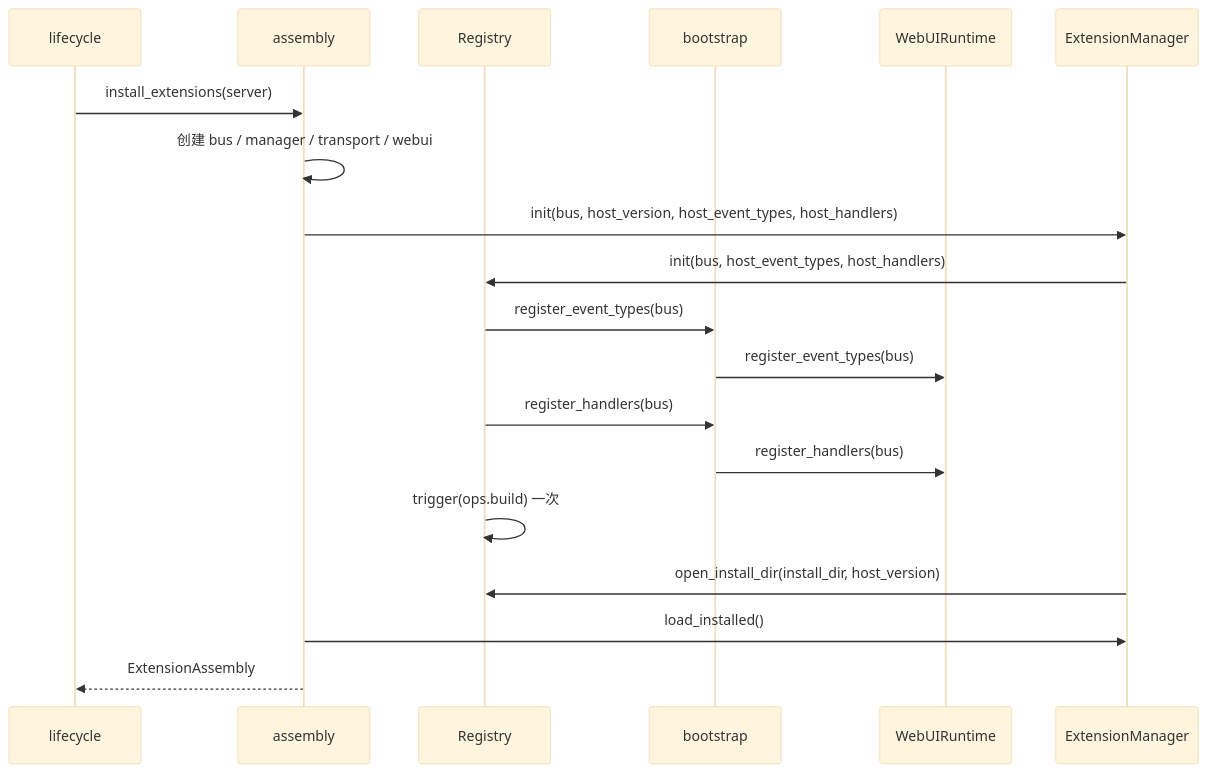
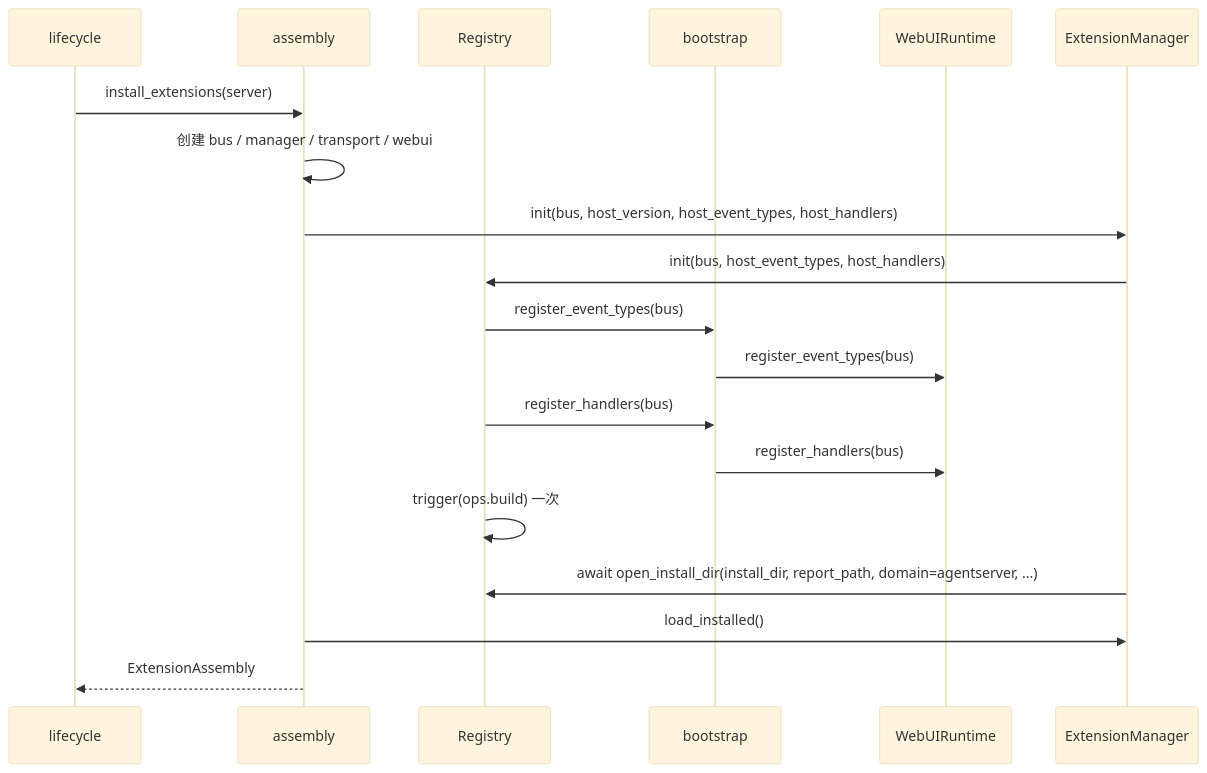
Before and after one commit to openJiuwen-ai/jiuwenswarm: the diagram in jiuwenswarm/extensions_v2/docs/features/F_01_assembly-and-source.md, drawn with Mermaid (base theme). The commit also changed other lines of this file and 74 other files, not shown here.

Commit message:
feat(extensions): integrate domain loading and install reports

````diff
--- a/jiuwenswarm/extensions_v2/docs/features/F_01_assembly-and-source.md
+++ b/jiuwenswarm/extensions_v2/docs/features/F_01_assembly-and-source.md
@@ -41,21 +41,21 @@
 ```mermaid
 sequenceDiagram
     participant L as lifecycle
     participant A as assembly
     participant R as Registry
     participant BS as bootstrap
     participant W as WebUIRuntime
     participant M as ExtensionManager
     L->>A: install_extensions(server)
     A->>A: 创建 bus / manager / transport / webui
     A->>M: init(bus, host_version, host_event_types, host_handlers)
     M->>R: init(bus, host_event_types, host_handlers)
     R->>BS: register_event_types(bus)
     BS->>W: register_event_types(bus)
     R->>BS: register_handlers(bus)
     BS->>W: register_handlers(bus)
     R->>R: trigger(ops.build) 一次
-    M->>R: open_install_dir(install_dir, host_version)
+    M->>R: await open_install_dir(install_dir, report_path, domain=agentserver, ...)
     A->>M: load_installed()
     A-->>L: ExtensionAssembly
 ```
````
